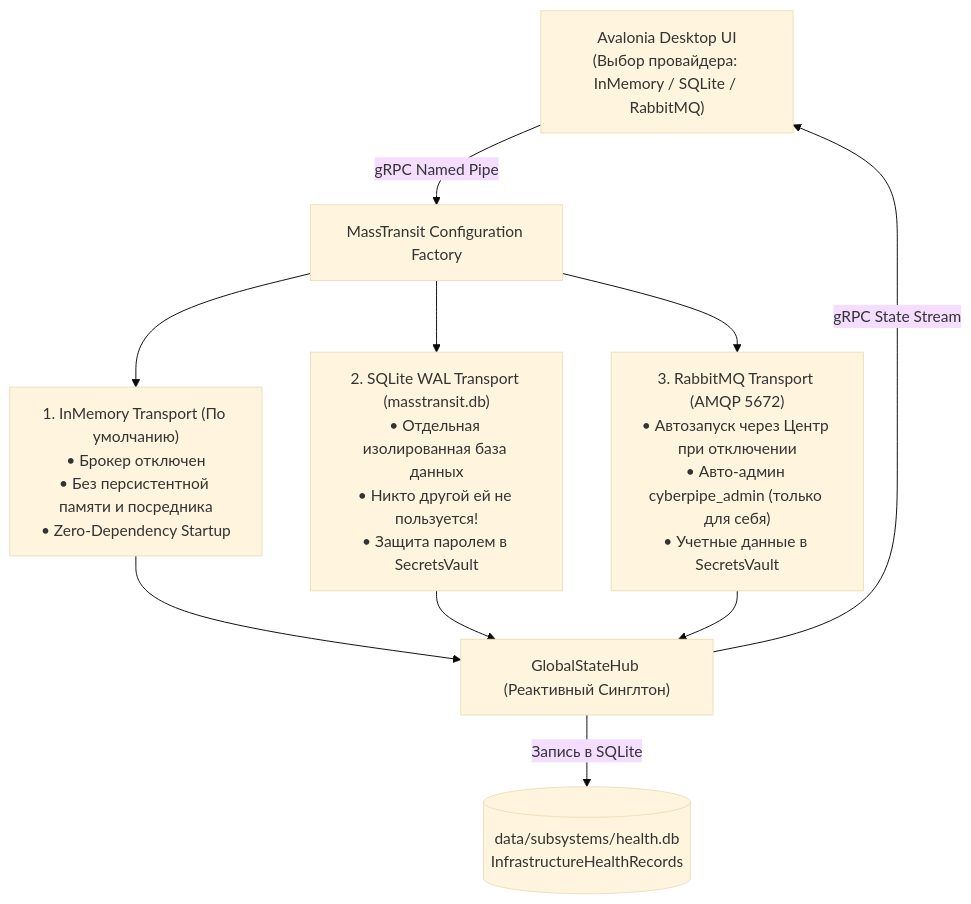
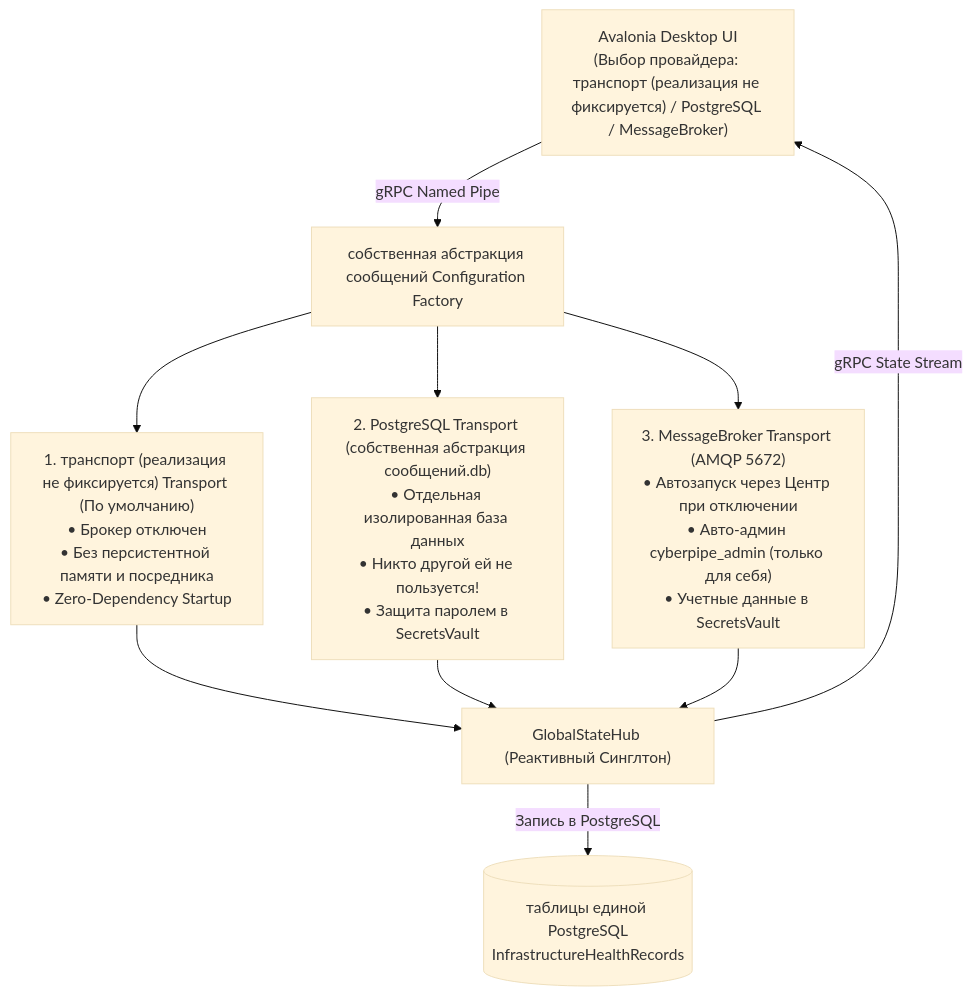
One commit to abberdeen/CyberPipe changed the second of 2 diagrams in docs/plans/initial_arch/03-tech-stack-libraries.md. Above: the diagram before and after it, drawn with Mermaid (base theme). The commit also changed other lines of this file and 17 other files, not shown here.

````diff
--- a/docs/plans/initial_arch/03-tech-stack-libraries.md
+++ b/docs/plans/initial_arch/03-tech-stack-libraries.md
@@ -216,12 +216,12 @@
 ```mermaid
 flowchart TD
-    UI["Avalonia Desktop UI<br/>(Выбор провайдера: InMemory / SQLite / RabbitMQ)"] -->|gRPC Named Pipe| Config["MassTransit Configuration Factory"]
+    UI["Avalonia Desktop UI<br/>(Выбор провайдера: транспорт (реализация не фиксируется) / PostgreSQL / MessageBroker)"] -->|gRPC Named Pipe| Config["собственная абстракция сообщений Configuration Factory"]
     
-    Config --> P1["1. InMemory Transport (По умолчанию)<br/>• Брокер отключен<br/>• Без персистентной памяти и посредника<br/>• Zero-Dependency Startup"]
-    Config --> P2["2. SQLite WAL Transport (masstransit.db)<br/>• Отдельная изолированная база данных<br/>• Никто другой ей не пользуется!<br/>• Защита паролем в SecretsVault"]
-    Config --> P3["3. RabbitMQ Transport (AMQP 5672)<br/>• Автозапуск через Центр при отключении<br/>• Авто-админ cyberpipe_admin (только для себя)<br/>• Учетные данные в SecretsVault"]
+    Config --> P1["1. транспорт (реализация не фиксируется) Transport (По умолчанию)<br/>• Брокер отключен<br/>• Без персистентной памяти и посредника<br/>• Zero-Dependency Startup"]
+    Config --> P2["2. PostgreSQL Transport (собственная абстракция сообщений.db)<br/>• Отдельная изолированная база данных<br/>• Никто другой ей не пользуется!<br/>• Защита паролем в SecretsVault"]
+    Config --> P3["3. MessageBroker Transport (AMQP 5672)<br/>• Автозапуск через Центр при отключении<br/>• Авто-админ cyberpipe_admin (только для себя)<br/>• Учетные данные в SecretsVault"]
 
     P1 & P2 & P3 --> Hub["GlobalStateHub (Реактивный Синглтон)"]
-    Hub -->|Запись в SQLite| DB[("data/subsystems/health.db<br/>InfrastructureHealthRecords")]
+    Hub -->|Запись в PostgreSQL| DB[("таблицы единой PostgreSQL<br/>InfrastructureHealthRecords")]
     Hub -->|gRPC State Stream| UI
 ```
````
